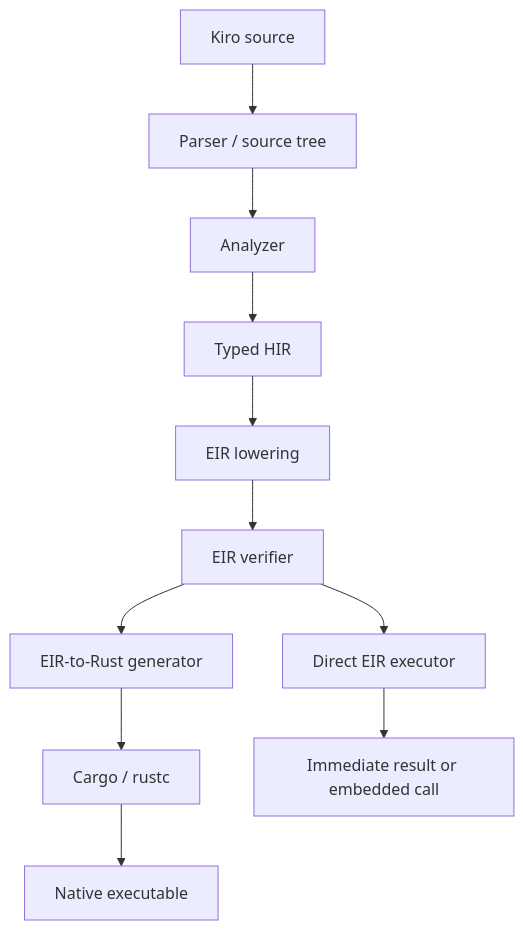
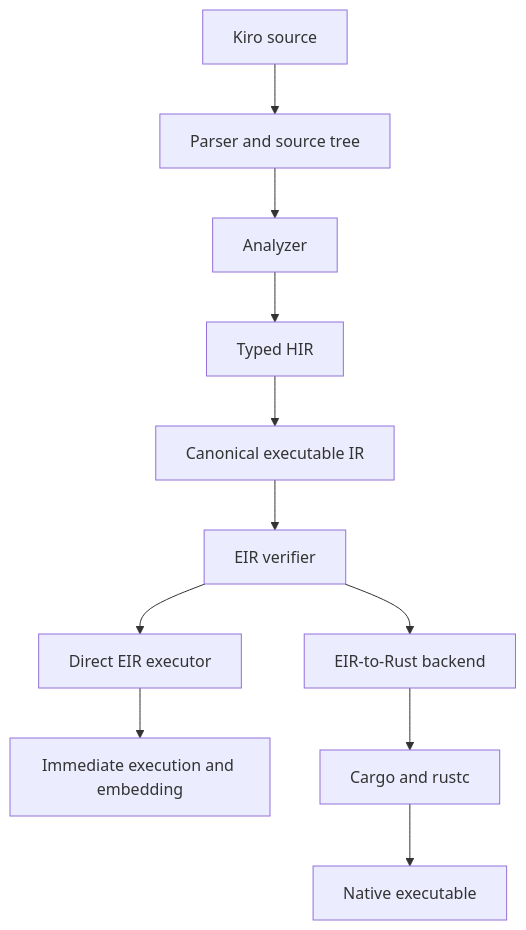
Before and after one commit to ata-sesli/kiro-lang: the diagram in README.md, drawn with Mermaid. The commit also changed other lines of this file and 3 other files, not shown here.

````diff
--- a/README.md
+++ b/README.md
@@ -86,13 +84,13 @@
 ```mermaid
 flowchart TD
-    Source["Kiro source"] --> AST["Parser / source tree"]
-    AST --> Analysis["Analyzer"]
+    Source["Kiro source"] --> Tree["Parser and source tree"]
+    Tree --> Analysis["Analyzer"]
     Analysis --> HIR["Typed HIR"]
-    HIR --> Lowering["EIR lowering"]
-    Lowering --> Verify["EIR verifier"]
-    Verify --> Runtime["Direct EIR executor"]
-    Verify --> Rust["EIR-to-Rust generator"]
-    Rust --> Cargo["Cargo / rustc"]
-    Runtime --> Immediate["Immediate result or embedded call"]
+    HIR --> EIR["Canonical executable IR"]
+    EIR --> Verify["EIR verifier"]
+    Verify --> VM["Direct EIR executor"]
+    Verify --> Rust["EIR-to-Rust backend"]
+    VM --> Feedback["Immediate execution and embedding"]
+    Rust --> Cargo["Cargo and rustc"]
     Cargo --> Native["Native executable"]
 ```
````
